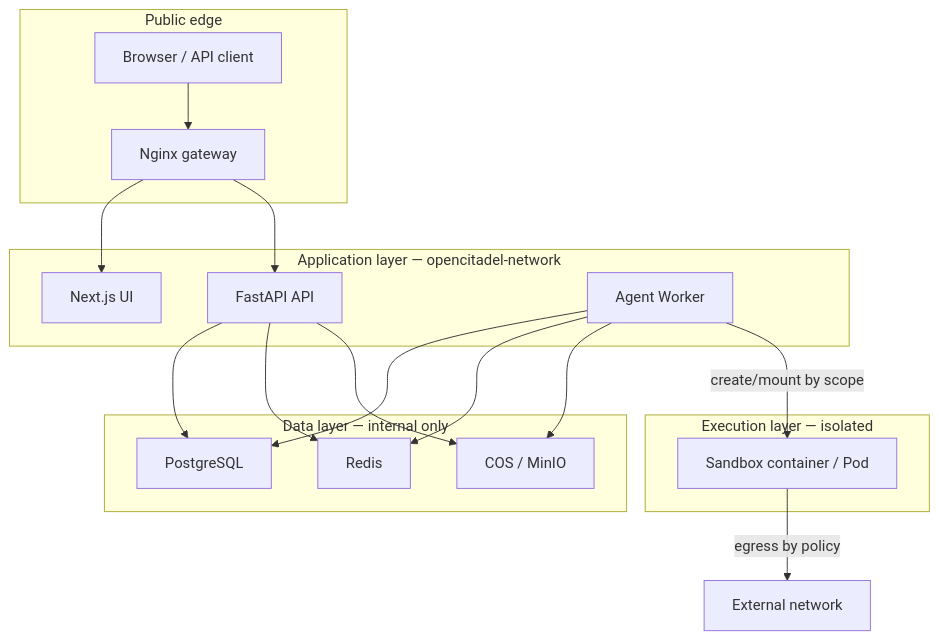
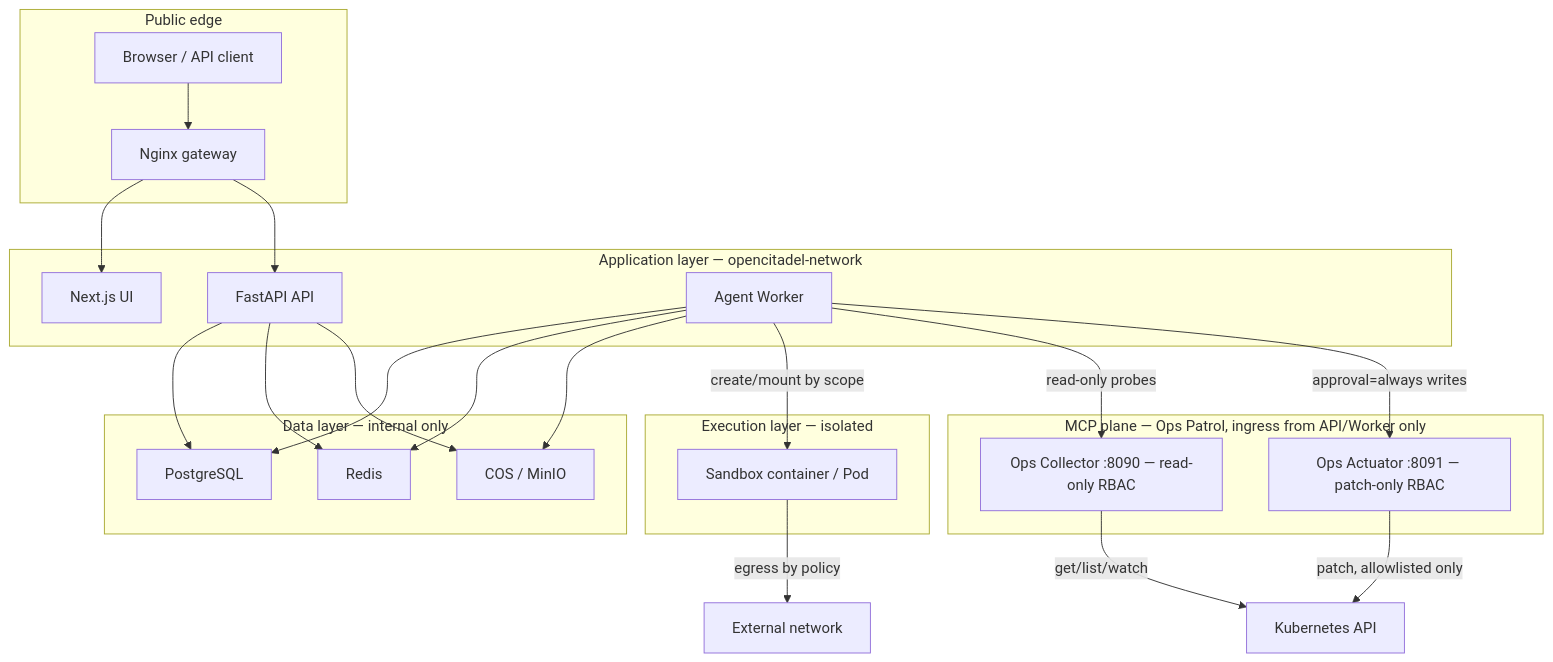
One commit to OceaLong/opencitadel changed the first of 4 diagrams in docs/architecture/security-model.md. Above: the diagram before and after it, drawn with Mermaid. The commit also changed other lines of this file and 375 other files, not shown here.

First line of the commit message:
feat(ops-patrol): add remediation support for Ops Patrol

````diff
--- a/docs/architecture/security-model.md
+++ b/docs/architecture/security-model.md
@@ -9,31 +9,39 @@
 ```mermaid
 flowchart TB
   subgraph public ["Public edge"]
     Browser["Browser / API client"]
     Nginx["Nginx gateway"]
   end
   subgraph app ["Application layer — opencitadel-network"]
     UI["Next.js UI"]
     API["FastAPI API"]
     Worker["Agent Worker"]
   end
   subgraph data ["Data layer — internal only"]
     PG["PostgreSQL"]
     Redis["Redis"]
     Storage["COS / MinIO"]
   end
   subgraph exec ["Execution layer — isolated"]
     Sandbox["Sandbox container / Pod"]
   end
+  subgraph mcpplane ["MCP plane — Ops Patrol, ingress from API/Worker only"]
+    Collector["Ops Collector :8090 — read-only RBAC"]
+    Actuator["Ops Actuator :8091 — patch-only RBAC"]
+  end
   Browser --> Nginx
   Nginx --> UI
   Nginx --> API
   API --> PG
   API --> Redis
   API --> Storage
   Worker --> PG
   Worker --> Redis
   Worker --> Storage
   Worker -->|"create/mount by scope"| Sandbox
   Sandbox -->|"egress by policy"| Internet["External network"]
+  Worker -->|"read-only probes"| Collector
+  Worker -->|"approval=always writes"| Actuator
+  Collector -->|"get/list/watch"| K8s["Kubernetes API"]
+  Actuator -->|"patch, allowlisted only"| K8s
 ```
````
